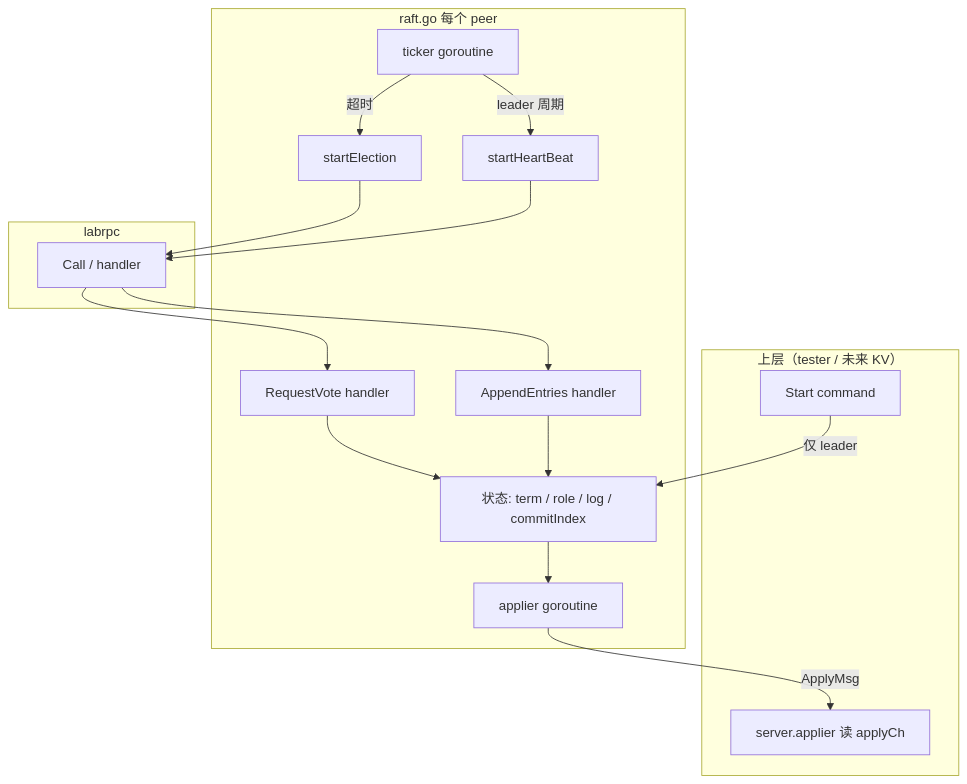
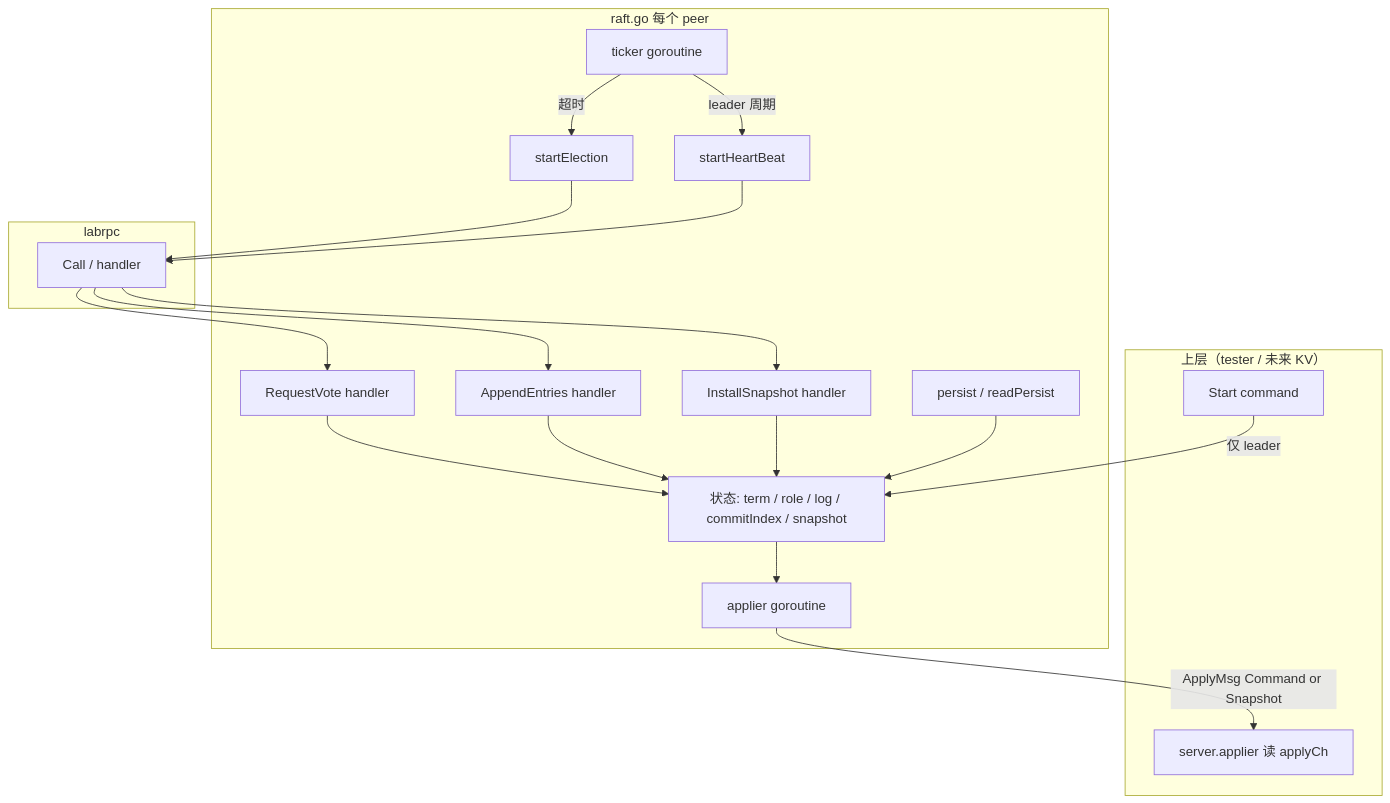
One commit to quanyeyang/6.5840-Labs changed the seventh of 12 diagrams in README.md. Above: the diagram before and after it, drawn with Mermaid. The commit also changed other lines of this file, not shown here.

````diff
--- a/README.md
+++ b/README.md
@@ -427,33 +431,38 @@
 ```mermaid
 flowchart TB
   subgraph Upper["上层（tester / 未来 KV）"]
     ST[Start command]
     AP[server.applier 读 applyCh]
   end
 
   subgraph Raft["raft.go 每个 peer"]
     T[ticker goroutine]
     EL[startElection]
     HB[startHeartBeat]
     RV[RequestVote handler]
     AE[AppendEntries handler]
+    IS[InstallSnapshot handler]
+    PF[persist / readPersist]
     APG[applier goroutine]
-    SM["状态: term / role / log / commitIndex"]
+    SM["状态: term / role / log / commitIndex / snapshot"]
   end
 
   subgraph Net["labrpc"]
     RPC[Call / handler]
   end
 
   ST -->|仅 leader| SM
   T -->|超时| EL
   T -->|leader 周期| HB
   EL --> RPC
   HB --> RPC
   RPC --> RV
   RPC --> AE
+  RPC --> IS
   RV --> SM
   AE --> SM
+  IS --> SM
+  PF --> SM
   SM --> APG
-  APG -->|ApplyMsg| AP
+  APG -->|ApplyMsg Command or Snapshot| AP
 ```
````
